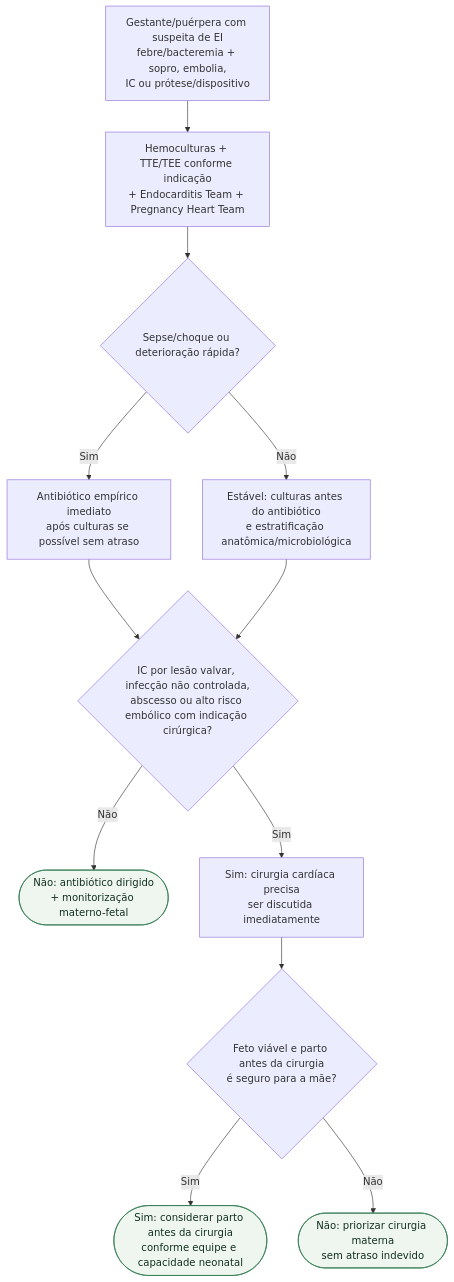
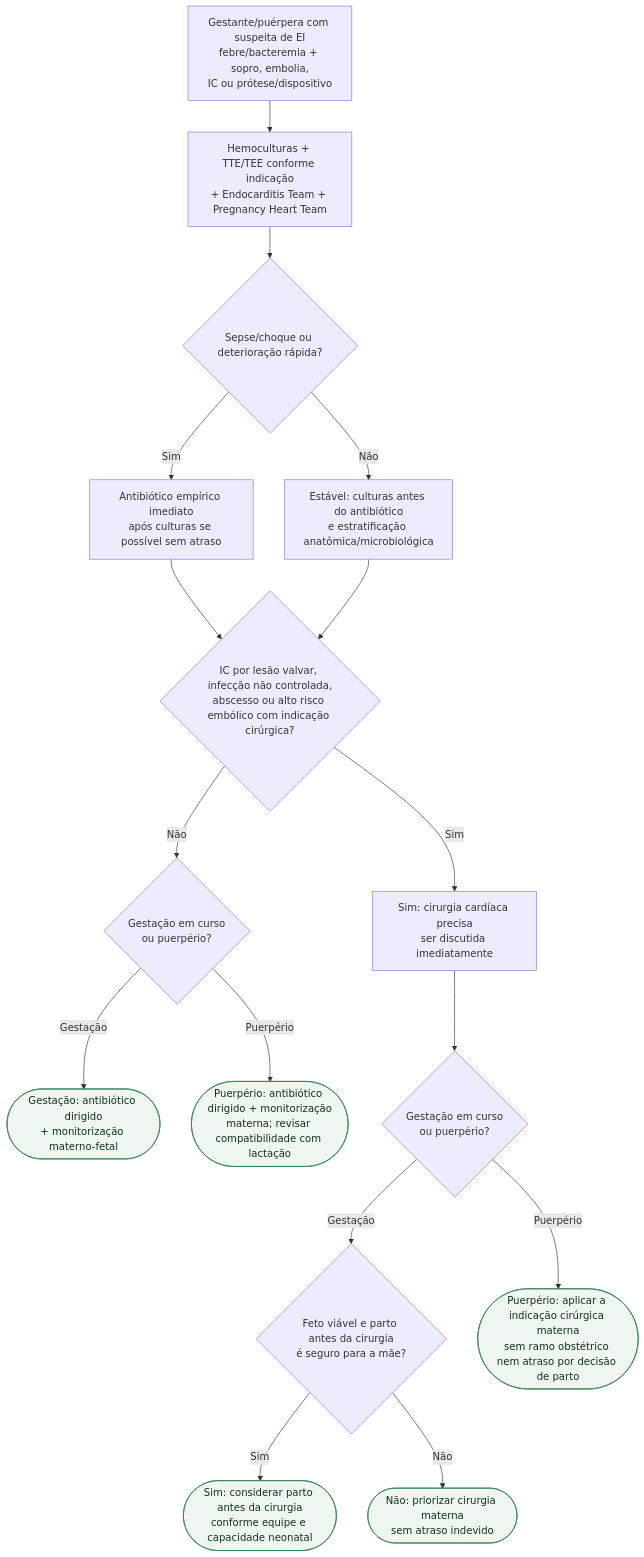
Before and after one commit to rafaelpaesmeirelles/MeuCardio: the diagram in content/Gravidez/fluxograma-endocardite-infecciosa-na-gestacao-e-puerperio.md, drawn with Mermaid. The commit also changed other lines of this file and 30 other files, not shown here.

````diff
--- a/content/Gravidez/fluxograma-endocardite-infecciosa-na-gestacao-e-puerperio.md
+++ b/content/Gravidez/fluxograma-endocardite-infecciosa-na-gestacao-e-puerperio.md
@@ -13,29 +14,37 @@
 ```mermaid
 flowchart TD
   R0["Gestante/puérpera com suspeita de EI<br/>febre/bacteremia + sopro, embolia,<br/>IC ou prótese/dispositivo"]
   P1["Hemoculturas + TTE/TEE conforme indicação<br/>+ Endocarditis Team + Pregnancy Heart Team"]
   D1{"Sepse/choque ou deterioração rápida?"}
   P2["Antibiótico empírico imediato<br/>após culturas se possível sem atraso"]
   P3["Estável: culturas antes do antibiótico<br/>e estratificação anatômica/microbiológica"]
   D2{"IC por lesão valvar, infecção não controlada,<br/>abscesso ou alto risco embólico com indicação cirúrgica?"}
-  C1(["Não: antibiótico dirigido<br/>+ monitorização materno-fetal"])
+  D4{"Gestação em curso<br/>ou puerpério?"}
+  C1(["Gestação: antibiótico dirigido<br/>+ monitorização materno-fetal"])
+  C4(["Puerpério: antibiótico dirigido + monitorização<br/>materna; revisar compatibilidade com lactação"])
   P4["Sim: cirurgia cardíaca precisa<br/>ser discutida imediatamente"]
+  D5{"Gestação em curso<br/>ou puerpério?"}
   D3{"Feto viável e parto antes da cirurgia<br/>é seguro para a mãe?"}
   C2(["Sim: considerar parto antes da cirurgia<br/>conforme equipe e capacidade neonatal"])
   C3(["Não: priorizar cirurgia materna<br/>sem atraso indevido"])
+  C5(["Puerpério: aplicar a indicação cirúrgica materna<br/>sem ramo obstétrico nem atraso por decisão de parto"])
 
   R0 --> P1
   P1 --> D1
   D1 -->|"Sim"| P2
   D1 -->|"Não"| P3
   P2 --> D2
   P3 --> D2
-  D2 -->|"Não"| C1
+  D2 -->|"Não"| D4
+  D4 -->|"Gestação"| C1
+  D4 -->|"Puerpério"| C4
   D2 -->|"Sim"| P4
-  P4 --> D3
+  P4 --> D5
+  D5 -->|"Gestação"| D3
+  D5 -->|"Puerpério"| C5
   D3 -->|"Sim"| C2
   D3 -->|"Não"| C3
 
   classDef conduta fill:#eef6ef,stroke:#2f7a4f,color:#12301f;
-  class C1,C2,C3 conduta;
+  class C1,C2,C3,C4,C5 conduta;
 ```
````
